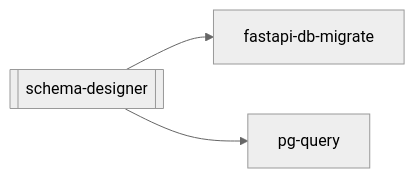
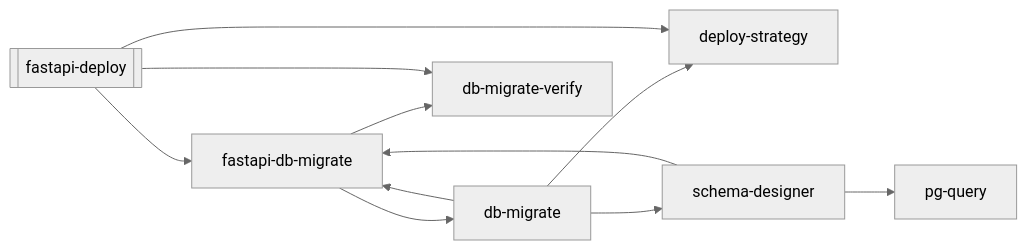
The third of 29 diagrams in docs/workflows/_needs-manual-review.md (abhayla/claude-best-practices), drawn with Mermaid (neutral theme) before and after one commit. The commit also changed other lines of this file and 12 other files, not shown here.

````diff
--- a/docs/workflows/_needs-manual-review.md
+++ b/docs/workflows/_needs-manual-review.md
@@ -478,8 +538,20 @@
 ```mermaid
 graph LR
-    schema_designer[["schema-designer"]]
+    fastapi_deploy[["fastapi-deploy"]]
+    db_migrate["db-migrate"]
+    db_migrate_verify["db-migrate-verify"]
+    deploy_strategy["deploy-strategy"]
     fastapi_db_migrate["fastapi-db-migrate"]
     pg_query["pg-query"]
+    schema_designer["schema-designer"]
+    db_migrate --> deploy_strategy
+    db_migrate --> fastapi_db_migrate
+    db_migrate --> schema_designer
+    fastapi_db_migrate --> db_migrate
+    fastapi_db_migrate --> db_migrate_verify
+    fastapi_deploy --> db_migrate_verify
+    fastapi_deploy --> deploy_strategy
+    fastapi_deploy --> fastapi_db_migrate
     schema_designer --> fastapi_db_migrate
     schema_designer --> pg_query
 ```
````
